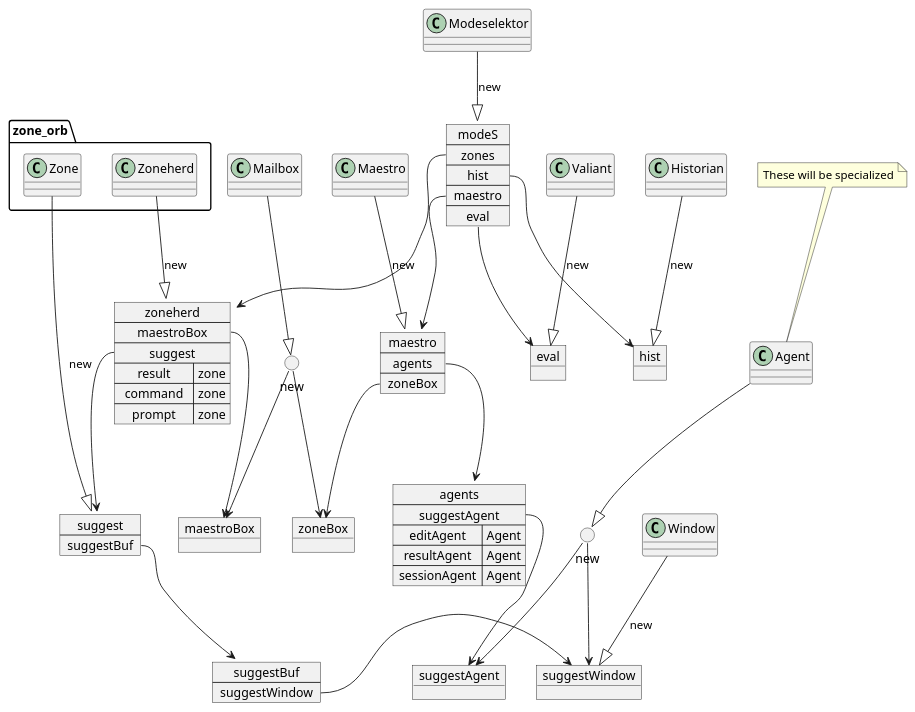
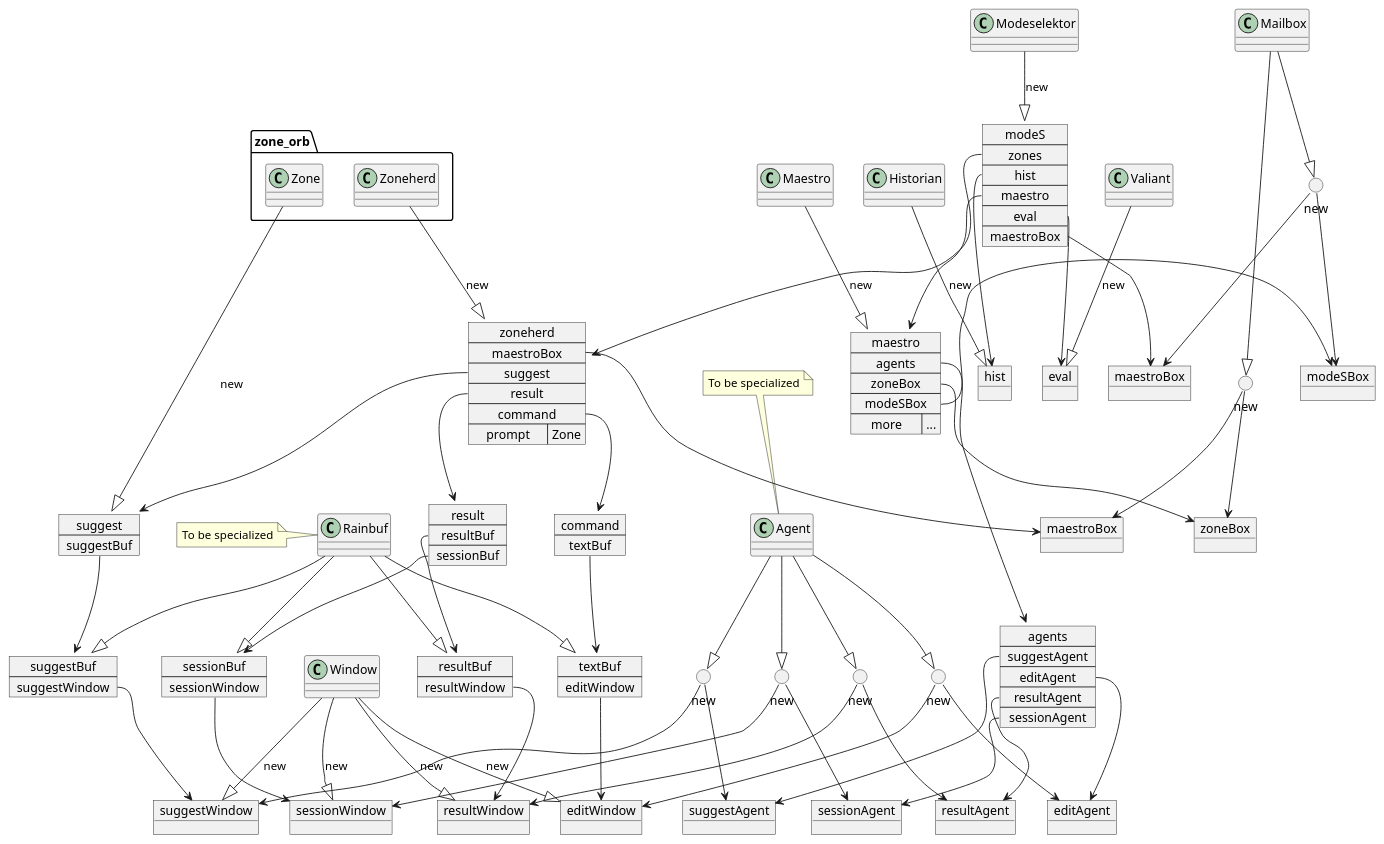
The diagram in orb/design/helm.plantuml (orb-lang/helm), drawn with PlantUML before and after one commit. The commit also changed 1 other file, not shown here.

Commit message:
Reasonably complete plantUML diagram
I could add more stuff to it, and we probably will as we go along,
but I think this illustrates the shape of the thing without too
much extraneous detail.

```diff
--- a/orb/design/helm.plantuml
+++ b/orb/design/helm.plantuml
@@ -2,80 +2,149 @@
 @startuml
 class Modeselektor
 class Historian
 package zone_orb <<Folder>> {
    class Zoneherd
    class Zone
 }
 class Valiant
 class Maestro
 class Agent
-note top: These will be specialized
+note top: To be specialized
 class Window
 class Mailbox
+
+class Rainbuf
+note left: To be specialized
 
 
 object hist
 
 object eval
 
 
 object suggestWindow
+object editWindow
+object resultWindow
+object sessionWindow
 
 map suggestBuf {
-   suggestWindow *-> suggestWindow
+   suggestWindow *--> suggestWindow
+}
+
+map textBuf {
+   editWindow *--> editWindow
+}
+
+map resultBuf {
+   resultWindow *--> resultWindow
+}
+
+map sessionBuf {
+   sessionWindow *--> sessionWindow
 }
 
 map suggest {
    suggestBuf *--> suggestBuf
 }
 
+
+map result {
+   resultBuf *--> resultBuf
+   sessionBuf *--> sessionBuf
+}
+
+map command {
+   textBuf *--> textBuf
+}
+
 object zoneBox
-
 object maestroBox
+object "maestroBox" as modeS_maestroBox
+object modeSBox
 
 map zoneherd {
     maestroBox *--> maestroBox
     suggest *--> suggest
-    result  => zone
-    command => zone
-    prompt   => zone
+    result  *--> result
+    command *--> command
+    prompt   => Zone
 }
 
 object suggestAgent
+object editAgent
+object resultAgent
+object sessionAgent
 
 map agents {
    suggestAgent *--> suggestAgent
-   editAgent => Agent
-   resultAgent => Agent
-   sessionAgent => Agent
+   editAgent *--> editAgent
+   resultAgent *--> resultAgent
+   sessionAgent *--> sessionAgent
 }
 
 map maestro {
    agents *--> agents
    zoneBox *--> zoneBox
+   modeSBox *-> modeSBox
+   more => ...
 }
 
 map modeS {
    zones *--> zoneherd
    hist  *--> hist
    maestro *--> maestro
    eval    *--> eval
+   maestroBox *-> modeS_maestroBox
 }
 
 circle "new" as newSuggestAgent
+circle "new" as newEditAgent
+circle "new" as newResultAgent
+circle "new" as newSessionAgent
+
 circle "new" as newZoneMailbox
+circle "new" as newModeSMailbox
 
 Modeselektor --|> modeS : new
 Zoneherd --|> zoneherd : new
 Zone --|> suggest : new
 Historian --|> hist : new
 Valiant --|> eval : new
 Maestro --|> maestro : new
+
 Agent --|> newSuggestAgent
-Mailbox --|> newZoneMailbox
+Agent --|> newEditAgent
+Agent --|> newResultAgent
+Agent --|> newSessionAgent
 Window --|> suggestWindow : new
+Window --|> editWindow : new
+Window --|> resultWindow : new
+Window --|> sessionWindow : new
 newSuggestAgent --> suggestAgent
 newSuggestAgent --> suggestWindow
+newEditAgent --> editAgent
+newEditAgent --> editWindow
+newResultAgent --> resultAgent
+newResultAgent --> resultWindow
+newSessionAgent --> sessionAgent
+newSessionAgent --> sessionWindow
+
+Rainbuf --|> suggestBuf
+Rainbuf --|> resultBuf
+Rainbuf --|> textBuf
+Rainbuf --|> sessionBuf
+
+Mailbox --|> newZoneMailbox
 newZoneMailbox --> zoneBox
 newZoneMailbox --> maestroBox
+Mailbox --|> newModeSMailbox
+newModeSMailbox --> modeSBox
+newModeSMailbox --> modeS_maestroBox
+
+
+
+
+
+
+
 @enduml
```
